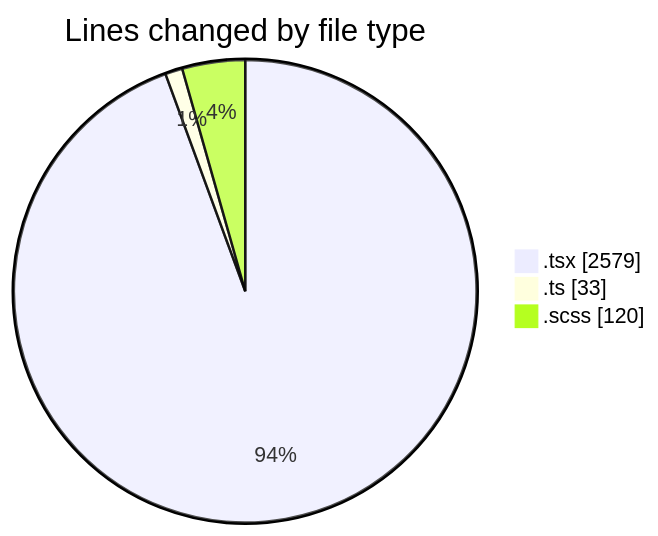
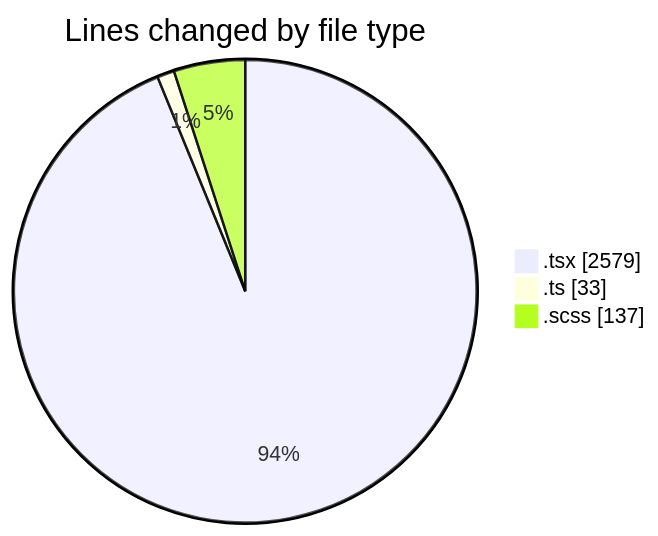
The first of 2 diagrams in 2025-02-12/cda/README.md (momahboobian/code-tracking), drawn with Mermaid before and after one commit. The commit also changed other lines of this file and 1 other file, not shown here.

````diff
--- a/2025-02-12/cda/README.md
+++ b/2025-02-12/cda/README.md
@@ -27,7 +27,7 @@
 ```mermaid
 pie showData
 title Lines changed by file type
 ".tsx" : 2579
 ".ts" : 33
-".scss" : 120
+".scss" : 137
 ```
````
